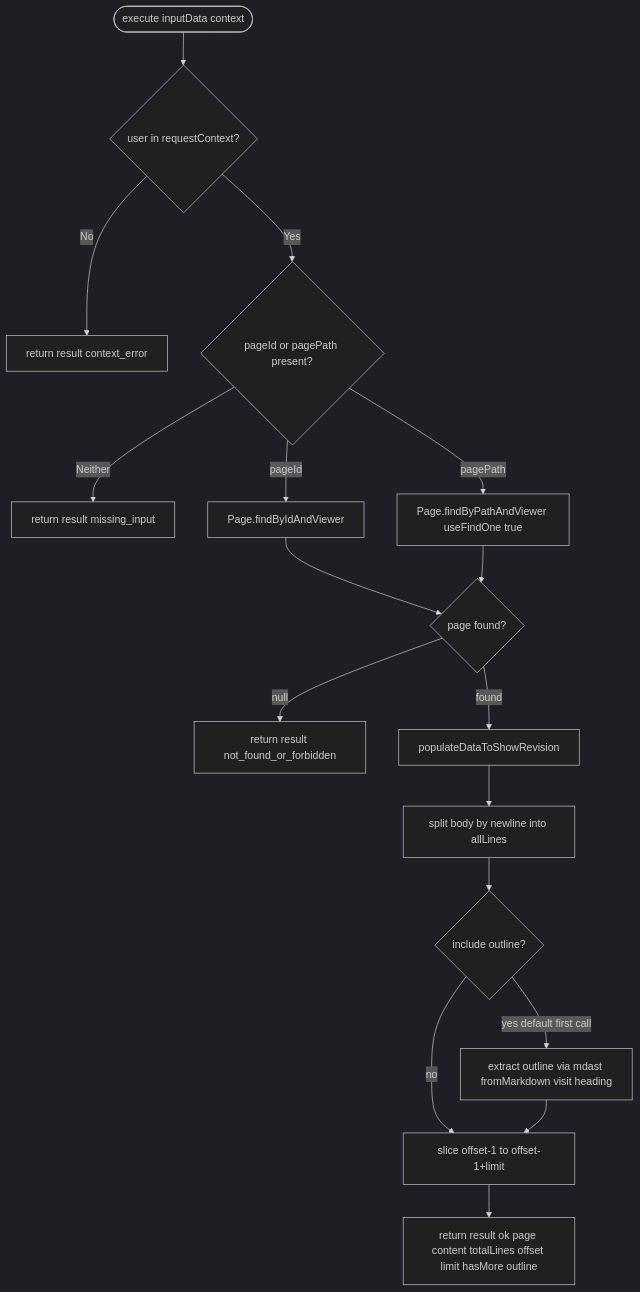
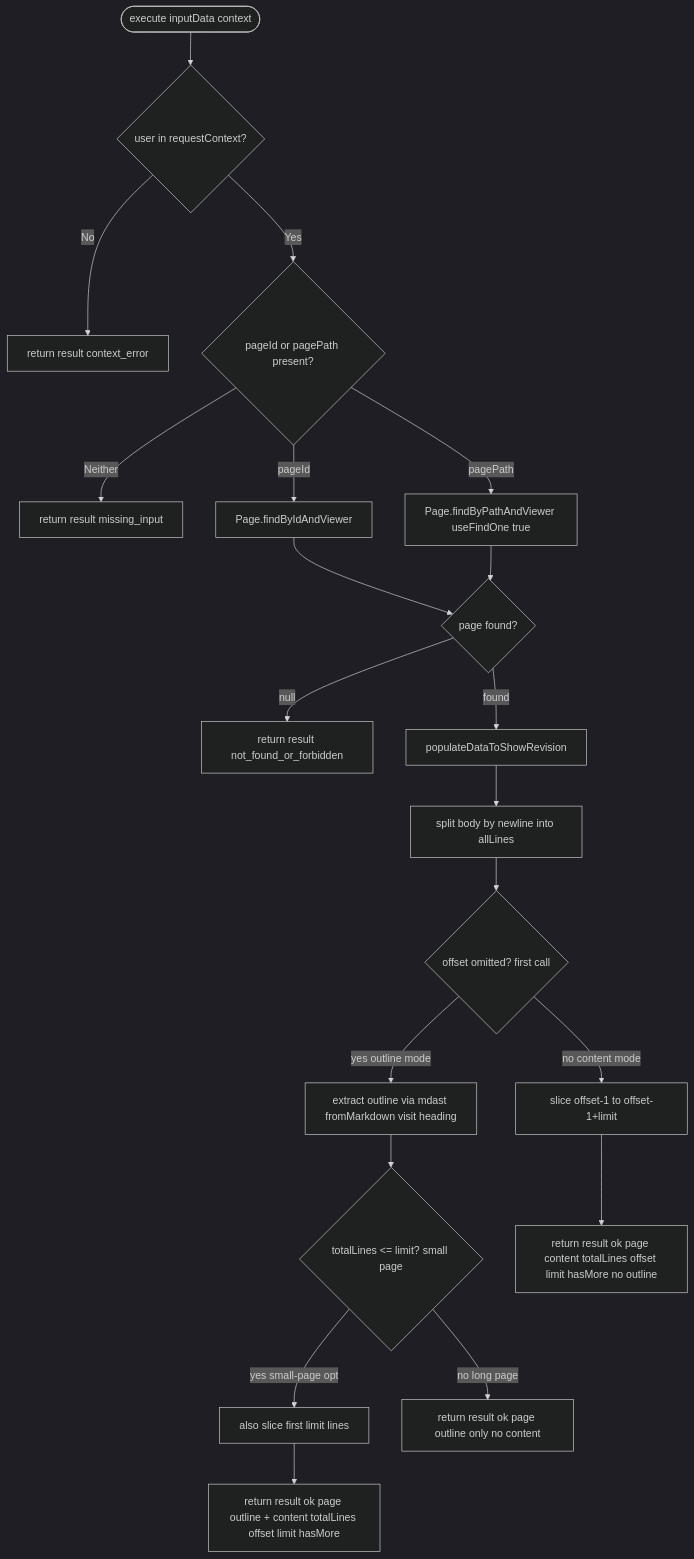
Before and after one commit to growilabs/growi: the third of 4 diagrams in .kiro/specs/agentic-search/design.md, drawn with Mermaid (dark theme). The commit also changed other lines of this file and 2 other files, not shown here.

````diff
--- a/.kiro/specs/agentic-search/design.md
+++ b/.kiro/specs/agentic-search/design.md
@@ -247,19 +247,22 @@
 ```mermaid
 flowchart TD
     Start([execute inputData context]) --> CheckCtx{user in requestContext?}
     CheckCtx -- No --> ContextError[return result context_error]
     CheckCtx -- Yes --> CheckInput{pageId or pagePath present?}
     CheckInput -- Neither --> MissingInput[return result missing_input]
     CheckInput -- pageId --> ById[Page.findByIdAndViewer]
     CheckInput -- pagePath --> ByPath[Page.findByPathAndViewer useFindOne true]
     ById --> Result{page found?}
     ByPath --> Result
     Result -- null --> NotFound[return result not_found_or_forbidden]
     Result -- found --> Populate[populateDataToShowRevision]
     Populate --> Split[split body by newline into allLines]
-    Split --> Outline{include outline?}
-    Outline -- yes default first call --> ExtractOutline[extract outline via mdast fromMarkdown visit heading]
-    Outline -- no --> Slice[slice offset-1 to offset-1+limit]
-    ExtractOutline --> Slice
-    Slice --> Return[return result ok page content totalLines offset limit hasMore outline]
+    Split --> Mode{offset omitted? first call}
+    Mode -- yes outline mode --> ExtractOutline[extract outline via mdast fromMarkdown visit heading]
+    Mode -- no content mode --> Slice[slice offset-1 to offset-1+limit]
+    ExtractOutline --> Fits{totalLines <= limit? small page}
+    Fits -- yes small-page opt --> SliceWithOutline[also slice first limit lines]
+    Fits -- no long page --> ReturnOutline[return result ok page outline only no content]
+    SliceWithOutline --> ReturnBoth[return result ok page outline + content totalLines offset limit hasMore]
+    Slice --> ReturnContent[return result ok page content totalLines offset limit hasMore no outline]
 ```
````
